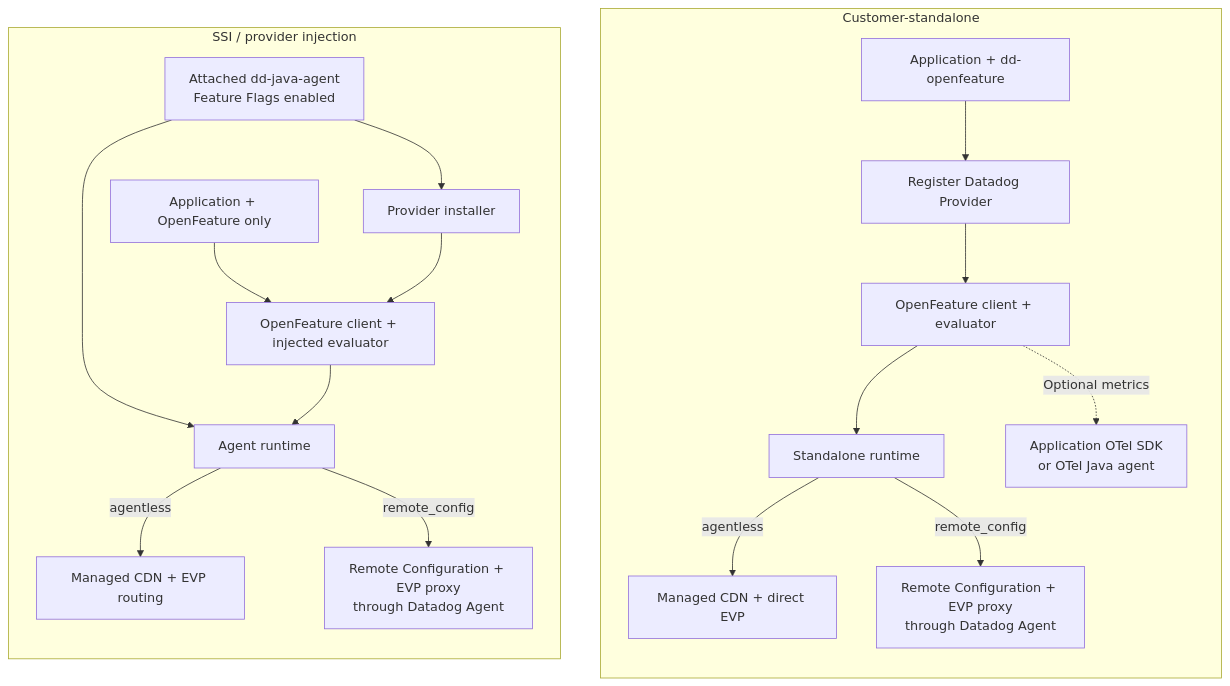
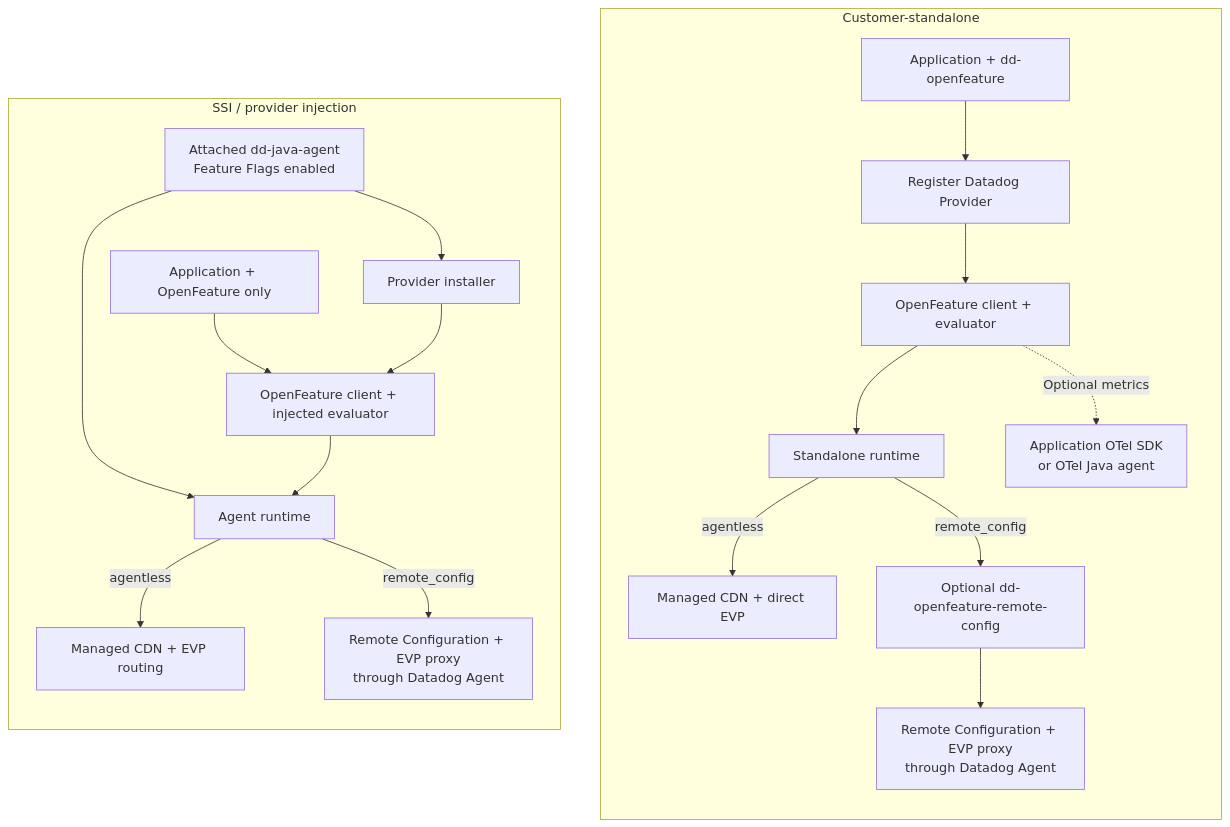
Before and after one commit to DataDog/dd-trace-java: the first of 2 diagrams in docs/feature-flags-migration-rfc.md, drawn with Mermaid. The commit also changed other lines of this file and 19 other files, not shown here.

Commit message:
Keep standalone Remote Configuration in an optional artifact

````diff
--- a/docs/feature-flags-migration-rfc.md
+++ b/docs/feature-flags-migration-rfc.md
@@ -23,23 +23,24 @@
 ```mermaid
 flowchart TB
   subgraph Standalone["Customer-standalone"]
     direction TB
     APP1["Application + dd-openfeature"] --> REG["Register Datadog Provider"]
     REG --> OF1["OpenFeature client + evaluator"]
     OF1 --> SR["Standalone runtime"]
     SR -->|agentless| DIRECT1["Managed CDN + direct EVP"]
-    SR -->|remote_config| RC1["Remote Configuration + EVP proxy<br/>through Datadog Agent"]
+    SR -->|remote_config| ADDON["Optional dd-openfeature-remote-config"]
+    ADDON --> RC1["Remote Configuration + EVP proxy<br/>through Datadog Agent"]
     OF1 -. "Optional metrics" .-> OTEL["Application OTel SDK<br/>or OTel Java agent"]
   end
 
   subgraph SSI["SSI / provider injection"]
     direction TB
     APP2["Application + OpenFeature only"] --> OF2["OpenFeature client + injected evaluator"]
     JAGENT["Attached dd-java-agent<br/>Feature Flags enabled"] --> INSTALL["Provider installer"]
     INSTALL --> OF2
     JAGENT --> AR["Agent runtime"]
     OF2 --> AR
     AR -->|agentless| DIRECT2["Managed CDN + EVP routing"]
     AR -->|remote_config| RC["Remote Configuration + EVP proxy<br/>through Datadog Agent"]
   end
 ```
````
